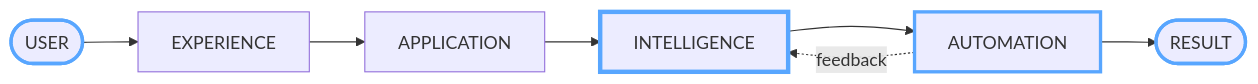
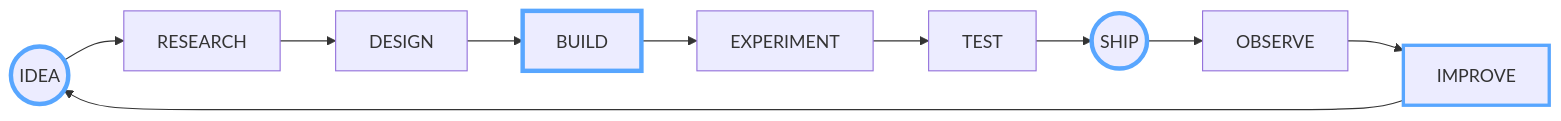
One commit to Harish-ai-dev/Harish-ai-dev changed the third of 8 diagrams in README.md. Above: the diagram before and after it, drawn with Mermaid. The commit also changed other lines of this file, not shown here.

Commit message:
Update README with new sections and diagrams

````diff
--- a/README.md
+++ b/README.md
@@ -70,23 +99,21 @@
-```mermaid id="p3k7s1"
+```mermaid id="r4n8s2"
 flowchart LR
 
-    USER(["USER"])
-    UI["EXPERIENCE"]
-    APP["APPLICATION"]
-    AI["INTELLIGENCE"]
-    AUTO["AUTOMATION"]
-    RESULT(["RESULT"])
+    A(("IDEA"))
+    B["RESEARCH"]
+    C["DESIGN"]
+    D["BUILD"]
+    E["EXPERIMENT"]
+    F["TEST"]
+    G(("SHIP"))
+    H["OBSERVE"]
+    I["IMPROVE"]
 
-    USER --> UI
-    UI --> APP
-    APP --> AI
-    AI --> AUTO
-    AUTO --> RESULT
+    A --> B --> C --> D --> E --> F --> G --> H --> I
+    I --> A
 
-    AUTO -. feedback .-> AI
-
-    style USER stroke:#58A6FF,stroke-width:3px
-    style AI stroke:#58A6FF,stroke-width:4px
-    style AUTO stroke:#58A6FF,stroke-width:3px
-    style RESULT stroke:#58A6FF,stroke-width:3px
+    style A stroke:#58A6FF,stroke-width:4px
+    style D stroke:#58A6FF,stroke-width:4px
+    style G stroke:#58A6FF,stroke-width:4px
+    style I stroke:#58A6FF,stroke-width:3px
 ```
````
